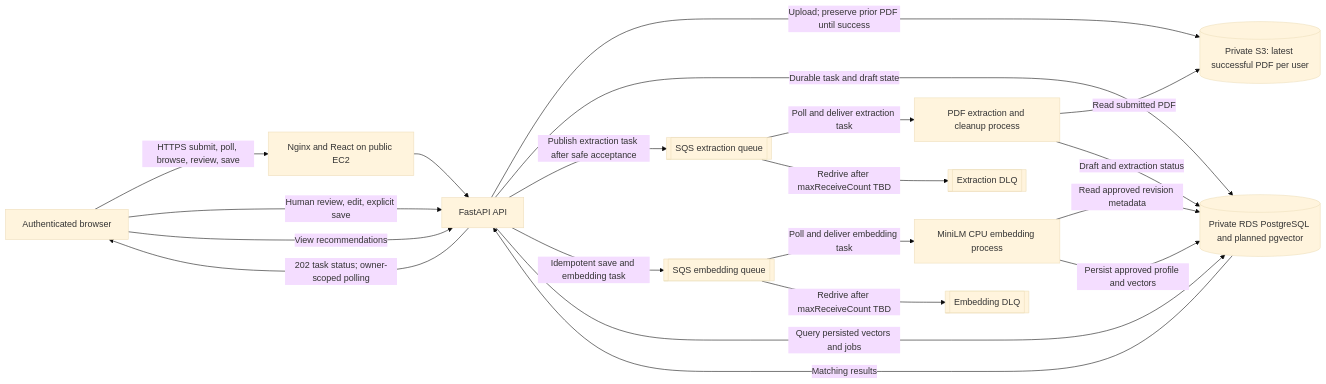
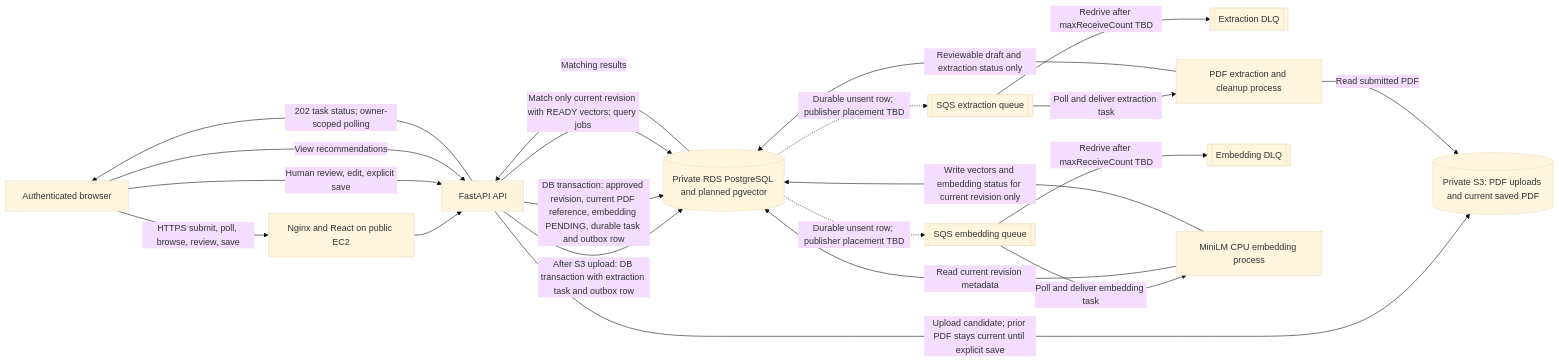
The first of 2 diagrams in docs/diagrams/cloud-architecture.md (BrownBOBAsushi/INF2006-P1-G6), drawn with Mermaid (base theme) before and after one commit. The commit also changed other lines of this file and 2 other files, not shown here.

Commit message:
docs: record cloud deployment plan and processing guarantees

````diff
--- a/docs/diagrams/cloud-architecture.md
+++ b/docs/diagrams/cloud-architecture.md
@@ -7,34 +7,35 @@
 ```mermaid
 flowchart LR
   B[Authenticated browser]
   API[FastAPI API]
   N[Nginx and React on public EC2]
-  S3[(Private S3: latest successful PDF per user)]
+  S3[(Private S3: PDF uploads and current saved PDF)]
   DB[(Private RDS PostgreSQL and planned pgvector)]
   EQ[[SQS extraction queue]]
   EDQ[[Extraction DLQ]]
   X[PDF extraction and cleanup process]
   V[[SQS embedding queue]]
   VDQ[[Embedding DLQ]]
   E[MiniLM CPU embedding process]
 
   B -->|HTTPS submit, poll, browse, review, save| N
   N --> API
-  API -->|Upload; preserve prior PDF until success| S3
-  API -->|Durable task and draft state| DB
-  API -->|Publish extraction task after safe acceptance| EQ
+  API -->|Upload candidate; prior PDF stays current until explicit save| S3
+  API -->|After S3 upload: DB transaction with extraction task and outbox row| DB
+  DB -.->|Durable unsent row; publisher placement TBD| EQ
   API -->|202 task status; owner-scoped polling| B
   EQ -->|Poll and deliver extraction task| X
   X -->|Read submitted PDF| S3
-  X -->|Draft and extraction status| DB
+  X -->|Reviewable draft and extraction status only| DB
   EQ -->|Redrive after maxReceiveCount TBD| EDQ
   B -->|Human review, edit, explicit save| API
-  API -->|Idempotent save and embedding task| V
+  API -->|DB transaction: approved revision, current PDF reference, embedding PENDING, durable task and outbox row| DB
+  DB -.->|Durable unsent row; publisher placement TBD| V
   V -->|Poll and deliver embedding task| E
-  E -->|Read approved revision metadata| DB
-  E -->|Persist approved profile and vectors| DB
+  E -->|Read current revision metadata| DB
+  E -->|Write vectors and embedding status for current revision only| DB
   V -->|Redrive after maxReceiveCount TBD| VDQ
   B -->|View recommendations| API
-  API -->|Query persisted vectors and jobs| DB
+  API -->|Match only current revision with READY vectors; query jobs| DB
   DB -->|Matching results| API
 ```
````
